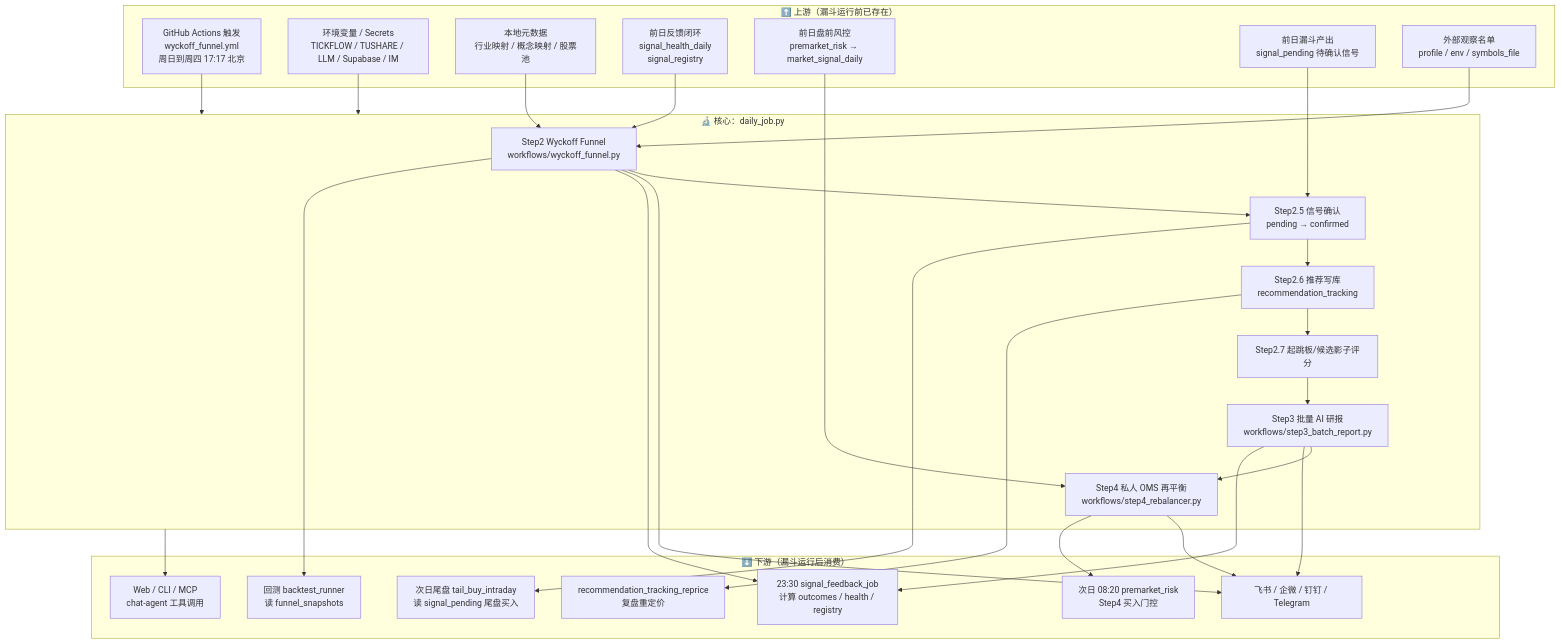
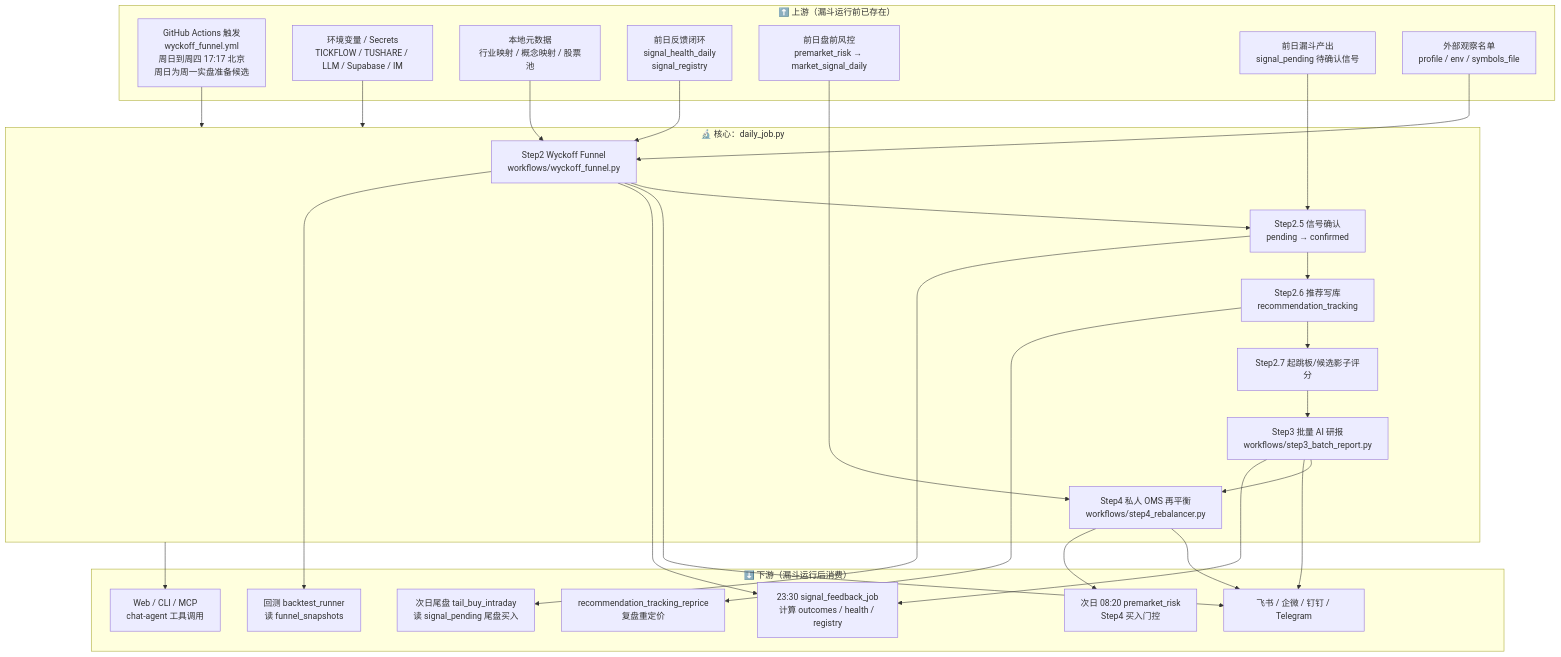
One commit to niyoh120/Wyckoff-Analysis changed the first of 7 diagrams in docs/A_SHARE_FUNNEL_FLOW.md. Above: the diagram before and after it, drawn with Mermaid. The commit also changed other lines of this file and 28 other files, not shown here.

````diff
--- a/docs/A_SHARE_FUNNEL_FLOW.md
+++ b/docs/A_SHARE_FUNNEL_FLOW.md
@@ -11,53 +11,53 @@
 ```mermaid
 flowchart TB
     subgraph UPSTREAM["⬆️ 上游（漏斗运行前已存在）"]
-        U1["GitHub Actions 触发<br/>wyckoff_funnel.yml<br/>周日到周四 17:17 北京"]
+        U1["GitHub Actions 触发<br/>wyckoff_funnel.yml<br/>周日到周四 17:17 北京<br/>周日为周一实盘准备候选"]
         U2["环境变量 / Secrets<br/>TICKFLOW / TUSHARE / LLM / Supabase / IM"]
         U3["本地元数据<br/>行业映射 / 概念映射 / 股票池"]
         U4["前日反馈闭环<br/>signal_health_daily<br/>signal_registry"]
         U5["前日盘前风控<br/>premarket_risk → market_signal_daily"]
         U6["前日漏斗产出<br/>signal_pending 待确认信号"]
         U7["外部观察名单<br/>profile / env / symbols_file"]
     end
 
     subgraph CORE["🔬 核心：daily_job.py"]
         S2["Step2 Wyckoff Funnel<br/>workflows/wyckoff_funnel.py"]
         S25["Step2.5 信号确认<br/>pending → confirmed"]
         S26["Step2.6 推荐写库<br/>recommendation_tracking"]
         S27["Step2.7 起跳板/候选影子评分"]
         S3["Step3 批量 AI 研报<br/>workflows/step3_batch_report.py"]
         S4["Step4 私人 OMS 再平衡<br/>workflows/step4_rebalancer.py"]
     end
 
     subgraph DOWNSTREAM["⬇️ 下游（漏斗运行后消费）"]
         D1["23:30 signal_feedback_job<br/>计算 outcomes / health / registry"]
         D2["次日 08:20 premarket_risk<br/>Step4 买入门控"]
         D3["次日尾盘 tail_buy_intraday<br/>读 signal_pending 尾盘买入"]
         D4["Web / CLI / MCP<br/>chat-agent 工具调用"]
         D5["回测 backtest_runner<br/>读 funnel_snapshots"]
         D6["recommendation_tracking_reprice<br/>复盘重定价"]
         D7["飞书 / 企微 / 钉钉 / Telegram"]
     end
 
     U1 --> CORE
     U2 --> CORE
     U3 --> S2
     U4 --> S2
     U5 --> S4
     U6 --> S25
     U7 --> S2
 
     S2 --> S25 --> S26 --> S27 --> S3 --> S4
 
     S2 --> D7
     S3 --> D7
     S4 --> D7
 
     S2 --> D1
     S3 --> D1
     S4 --> D2
     S25 --> D3
     S26 --> D6
     S2 --> D5
     CORE --> D4
 ```
````
